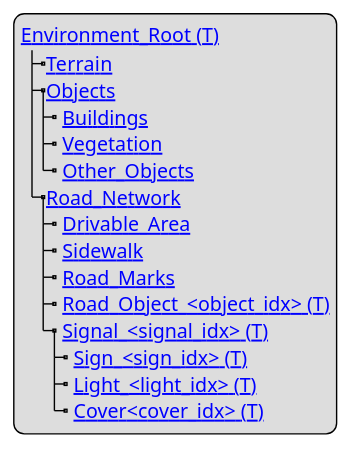
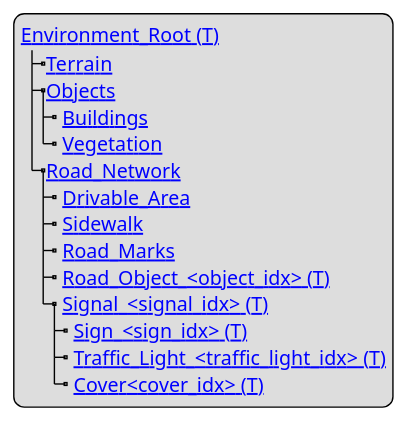
One commit to asam-ev/OpenMATERIAL changed the diagram in content/geometry/object-environment/environment-structure.adoc. Above: the diagram before and after it, drawn with PlantUML. The commit also changed other lines of this file, not shown here.

Commit message:
adapted environment-structure according to Ludwig's comments and suggestions; replaced lights by traffic lights, in agreement to Simone's nomenclature definition/naming convention

```diff
--- a/content/geometry/object-environment/environment-structure.adoc
+++ b/content/geometry/object-environment/environment-structure.adoc
@@ -5,20 +5,19 @@
 [plantuml]
 ----
 legend
 [[../geometry/object-classes.html#_environment_t Environment_Root (T)]]
 |_[[../geometry/object-classes.html#_terrain_t Terrain]]
-|_[[../geometry/object-classes.html#_environment_objects_t Objects]]
+|_[[../geometry/object-classes.html#_objects_t Objects]]
   |_ [[../geometry/object-classes.html#_buildings Buildings]]
   |_ [[../geometry/object-classes.html#_vegetation Vegetation]]
-  |_ [[../geometry/object-classes.html#_other_objects Other_Objects]]
 |_[[../geometry/object-classes.html#_road_network_t Road_Network]]
   |_ [[../geometry/object-classes.html#_drivable_area_t Drivable_Area]]
   |_ [[../geometry/object-classes.html#_sidewalk_t Sidewalk]]
   |_ [[../geometry/object-classes.html#_road_marks_t Road_Marks]]
   |_ [[../geometry/object-classes.html#_road_object_idx_t Road_Object_<object_idx> (T)]]
   |_ [[../geometry/object-classes.html#_signal_signal_idx_t Signal_<signal_idx> (T)]]
     |_ [[../geometry/object-classes.html#_sign_idx_t Sign_<sign_idx> (T)]]
-    |_ [[../geometry/object-classes.html#_light_idx_t Light_<light_idx> (T)]]
+    |_ [[../geometry/object-classes.html#_traffic_light_idx_t Traffic_Light_<traffic_light_idx> (T)]]
     |_ [[../geometry/object-classes.html#_cover_idx_t Cover<cover_idx> (T)]]
 end legend
 ----
```
